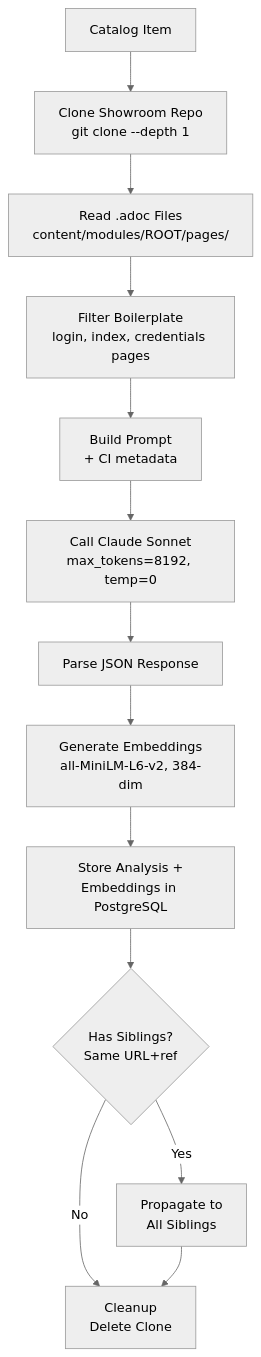
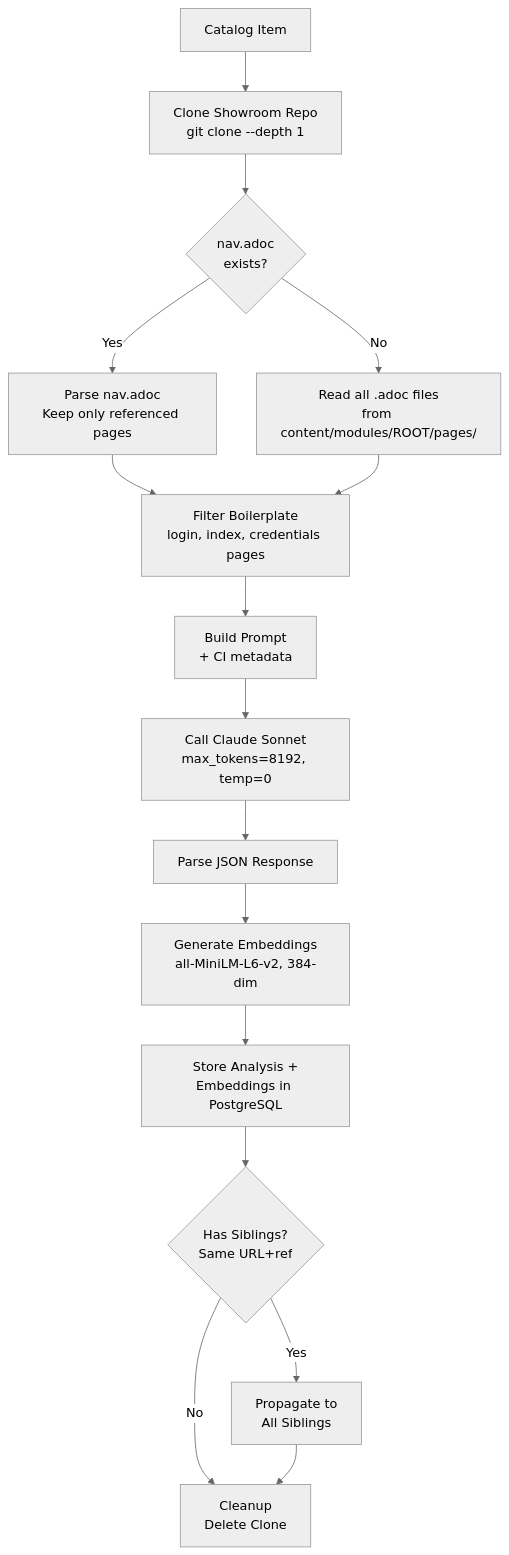
One commit to rhpds/rcars changed the diagram in docs/architecture/scan-pipeline.md. Above: the diagram before and after it, drawn with Mermaid (neutral theme). The commit also changed other lines of this file and 2 other files, not shown here.

Commit message:
docs: Add introductions to architecture pages, fix scan diagram
Scan pipeline: added overview paragraph explaining what the
pipeline does and when it runs. Fixed Mermaid diagram to show
nav.adoc filtering step (pages not in nav.adoc are excluded).

Recommendation engine: added intro explaining its role as the
Advisor's core and its relationship to the scan pipeline.

Content overlap: added intro explaining the problem it solves
and its relationship to scan pipeline embeddings.

````diff
--- a/docs/architecture/scan-pipeline.md
+++ b/docs/architecture/scan-pipeline.md
@@ -10,15 +12,18 @@
 ```mermaid
 flowchart TD
     Start[Catalog Item] --> Clone[Clone Showroom Repo<br/>git clone --depth 1]
-    Clone --> Read[Read .adoc Files<br/>content/modules/ROOT/pages/]
-    Read --> Filter[Filter Boilerplate<br/>login, index, credentials pages]
+    Clone --> Nav{nav.adoc<br/>exists?}
+    Nav -->|Yes| NavFilter[Parse nav.adoc<br/>Keep only referenced pages]
+    Nav -->|No| ReadAll[Read all .adoc files<br/>from content/modules/ROOT/pages/]
+    NavFilter --> Filter[Filter Boilerplate<br/>login, index, credentials pages]
+    ReadAll --> Filter
     Filter --> Prompt[Build Prompt<br/>+ CI metadata]
     Prompt --> LLM[Call Claude Sonnet<br/>max_tokens=8192, temp=0]
     LLM --> Parse[Parse JSON Response]
     Parse --> Embed[Generate Embeddings<br/>all-MiniLM-L6-v2, 384-dim]
     Embed --> Store[Store Analysis +<br/>Embeddings in PostgreSQL]
     Store --> Siblings{Has Siblings?<br/>Same URL+ref}
     Siblings -->|Yes| Propagate[Propagate to<br/>All Siblings]
     Siblings -->|No| Cleanup[Cleanup<br/>Delete Clone]
     Propagate --> Cleanup
 ```
````
